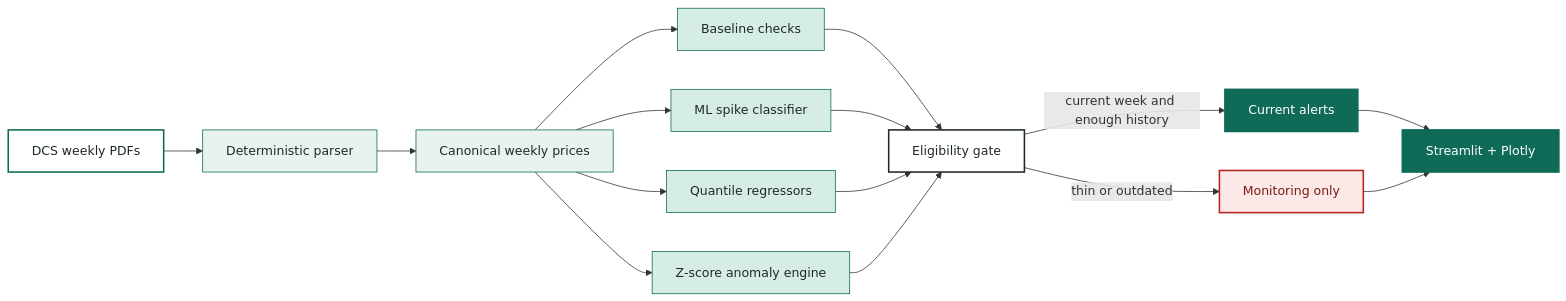
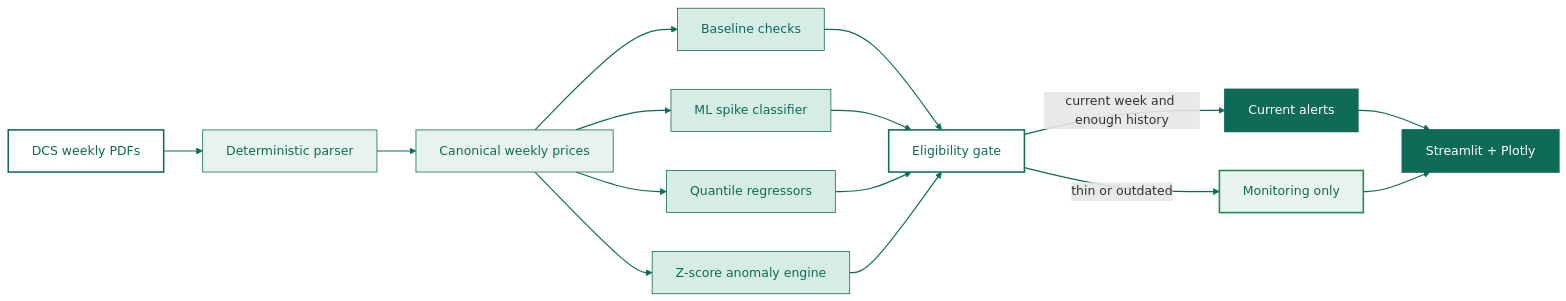
The diagram in README.md (CTRLD3FEAT/Co-Boost), drawn with Mermaid before and after one commit. The commit also changed 1 other file, not shown here.

Commit message:
Use green and white diagram palette

````diff
--- a/README.md
+++ b/README.md
@@ -33,29 +33,30 @@
 ```mermaid
 flowchart LR
     P[DCS weekly PDFs] --> X[Deterministic parser]
     X --> C[Canonical weekly prices]
     C --> B[Baseline checks]
     C --> M[ML spike classifier]
     C --> Q[Quantile regressors]
     C --> A[Z-score anomaly engine]
     B --> G[Eligibility gate]
     M --> G
     Q --> G
     A --> G
     G -->|current week and enough history| R[Current alerts]
     G -->|thin or outdated| O[Monitoring only]
     R --> D[Streamlit + Plotly]
     O --> D
-    classDef source fill:#FFFFFF,stroke:#0F6B57,color:#1F2A27,stroke-width:2px;
-    classDef process fill:#E8F3EF,stroke:#0F6B57,color:#1F2A27;
-    classDef model fill:#D5EDE5,stroke:#0F6B57,color:#1F2A27;
-    classDef decision fill:#FFFFFF,stroke:#1F2A27,color:#1F2A27,stroke-width:2px;
+    classDef source fill:#FFFFFF,stroke:#0F6B57,color:#0F6B57,stroke-width:2px;
+    classDef process fill:#E8F3EF,stroke:#0F6B57,color:#0F6B57;
+    classDef model fill:#D5EDE5,stroke:#0F6B57,color:#0F6B57;
+    classDef decision fill:#FFFFFF,stroke:#0F6B57,color:#0F6B57,stroke-width:2px;
     classDef output fill:#0F6B57,stroke:#0F6B57,color:#FFFFFF,stroke-width:2px;
-    classDef warning fill:#FCE8E6,stroke:#B3261E,color:#7A1B16,stroke-width:2px;
+    classDef warning fill:#E8F3EF,stroke:#1E8E4E,color:#0F6B57,stroke-width:2px;
+    linkStyle default stroke:#0F6B57,stroke-width:1.5px;
     class P source;
     class X,C process;
     class B,M,Q,A model;
     class G decision;
     class R,D output;
     class O warning;
 ```
````
